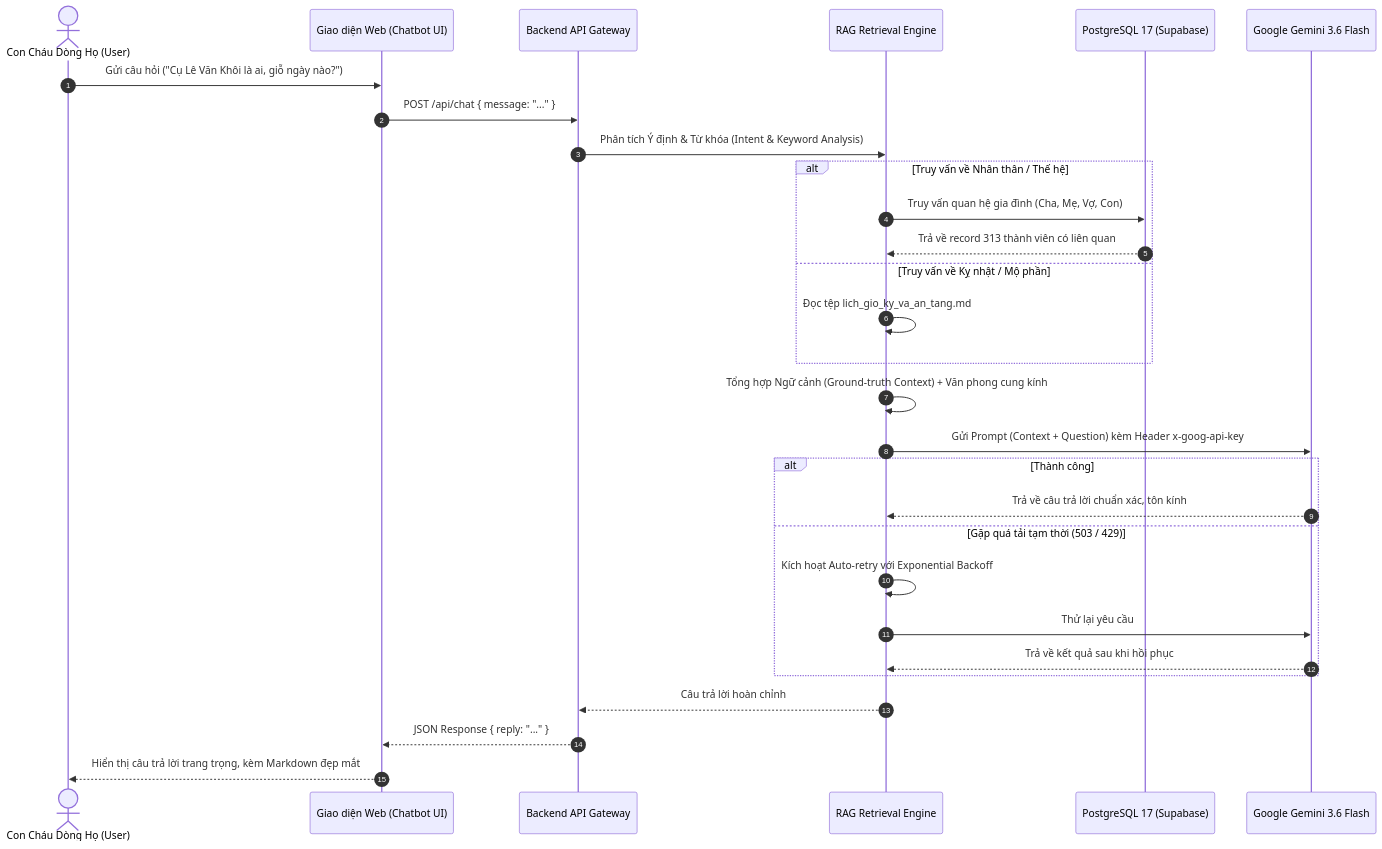
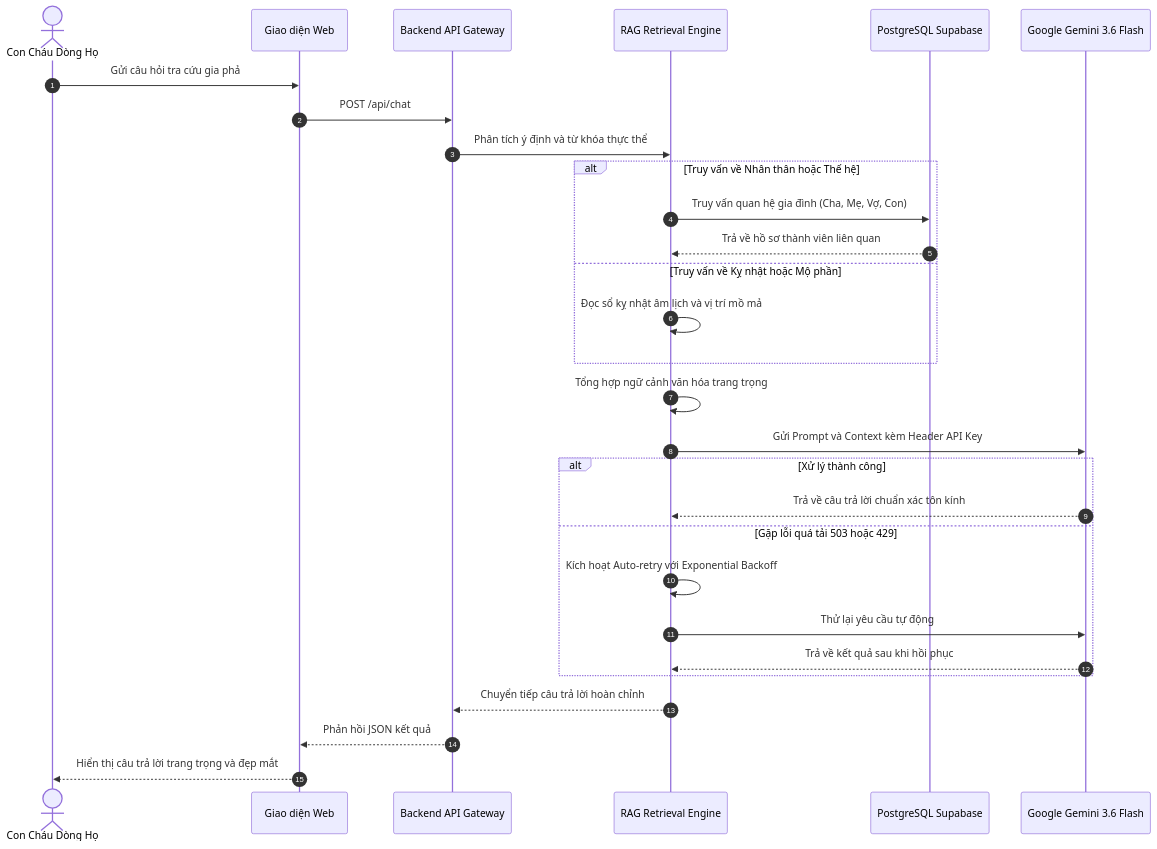
The second of 3 diagrams in README.md (LGKAI/Portal-HoLeVan-Phai4-Chi2), drawn with Mermaid before and after one commit. The commit also changed other lines of this file and 165 other files, not shown here.

Commit message:
feat(storage): migrate all images to Supabase Storage CDN, clean up local uploads, and fix Mermaid diagrams in README

````diff
--- a/README.md
+++ b/README.md
@@ -193,36 +194,36 @@
 ```mermaid
 sequenceDiagram
     autonumber
-    actor User as Con Cháu Dòng Họ (User)
-    participant Front as Giao diện Web (Chatbot UI)
+    actor User as Con Cháu Dòng Họ
+    participant Front as Giao diện Web
     participant Back as Backend API Gateway
     participant RAG as RAG Retrieval Engine
-    participant DB as PostgreSQL 17 (Supabase)
+    participant DB as PostgreSQL Supabase
     participant Gemini as Google Gemini 3.6 Flash
 
-    User->>Front: Gửi câu hỏi ("Cụ Lê Văn Khôi là ai, giỗ ngày nào?")
-    Front->>Back: POST /api/chat { message: "..." }
-    Back->>RAG: Phân tích Ý định & Từ khóa (Intent & Keyword Analysis)
+    User->>Front: Gửi câu hỏi tra cứu gia phả
+    Front->>Back: POST /api/chat
+    Back->>RAG: Phân tích ý định và từ khóa thực thể
     
-    alt Truy vấn về Nhân thân / Thế hệ
+    alt Truy vấn về Nhân thân hoặc Thế hệ
         RAG->>DB: Truy vấn quan hệ gia đình (Cha, Mẹ, Vợ, Con)
-        DB-->>RAG: Trả về record 313 thành viên có liên quan
-    else Truy vấn về Kỵ nhật / Mộ phần
-        RAG->>RAG: Đọc tệp lich_gio_ky_va_an_tang.md
+        DB-->>RAG: Trả về hồ sơ thành viên liên quan
+    else Truy vấn về Kỵ nhật hoặc Mộ phần
+        RAG->>RAG: Đọc sổ kỵ nhật âm lịch và vị trí mồ mả
     end
 
-    RAG->>RAG: Tổng hợp Ngữ cảnh (Ground-truth Context) + Văn phong cung kính
-    RAG->>Gemini: Gửi Prompt (Context + Question) kèm Header x-goog-api-key
+    RAG->>RAG: Tổng hợp ngữ cảnh văn hóa trang trọng
+    RAG->>Gemini: Gửi Prompt và Context kèm Header API Key
     
-    alt Thành công
-        Gemini-->>RAG: Trả về câu trả lời chuẩn xác, tôn kính
-    else Gặp quá tải tạm thời (503 / 429)
+    alt Xử lý thành công
+        Gemini-->>RAG: Trả về câu trả lời chuẩn xác tôn kính
+    else Gặp lỗi quá tải 503 hoặc 429
         RAG->>RAG: Kích hoạt Auto-retry với Exponential Backoff
-        RAG->>Gemini: Thử lại yêu cầu
+        RAG->>Gemini: Thử lại yêu cầu tự động
         Gemini-->>RAG: Trả về kết quả sau khi hồi phục
     end
 
-    RAG-->>Back: Câu trả lời hoàn chỉnh
-    Back-->>Front: JSON Response { reply: "..." }
-    Front-->>User: Hiển thị câu trả lời trang trọng, kèm Markdown đẹp mắt
+    RAG-->>Back: Chuyển tiếp câu trả lời hoàn chỉnh
+    Back-->>Front: Phản hồi JSON kết quả
+    Front-->>User: Hiển thị câu trả lời trang trọng và đẹp mắt
 ```
````
